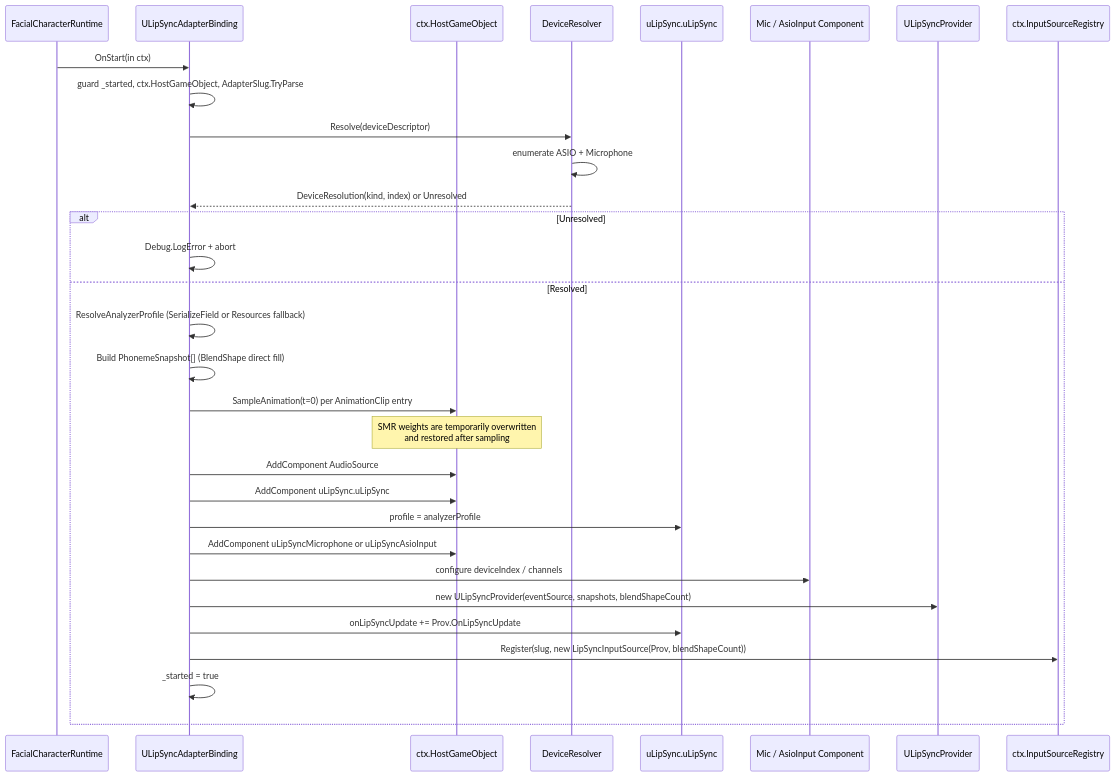
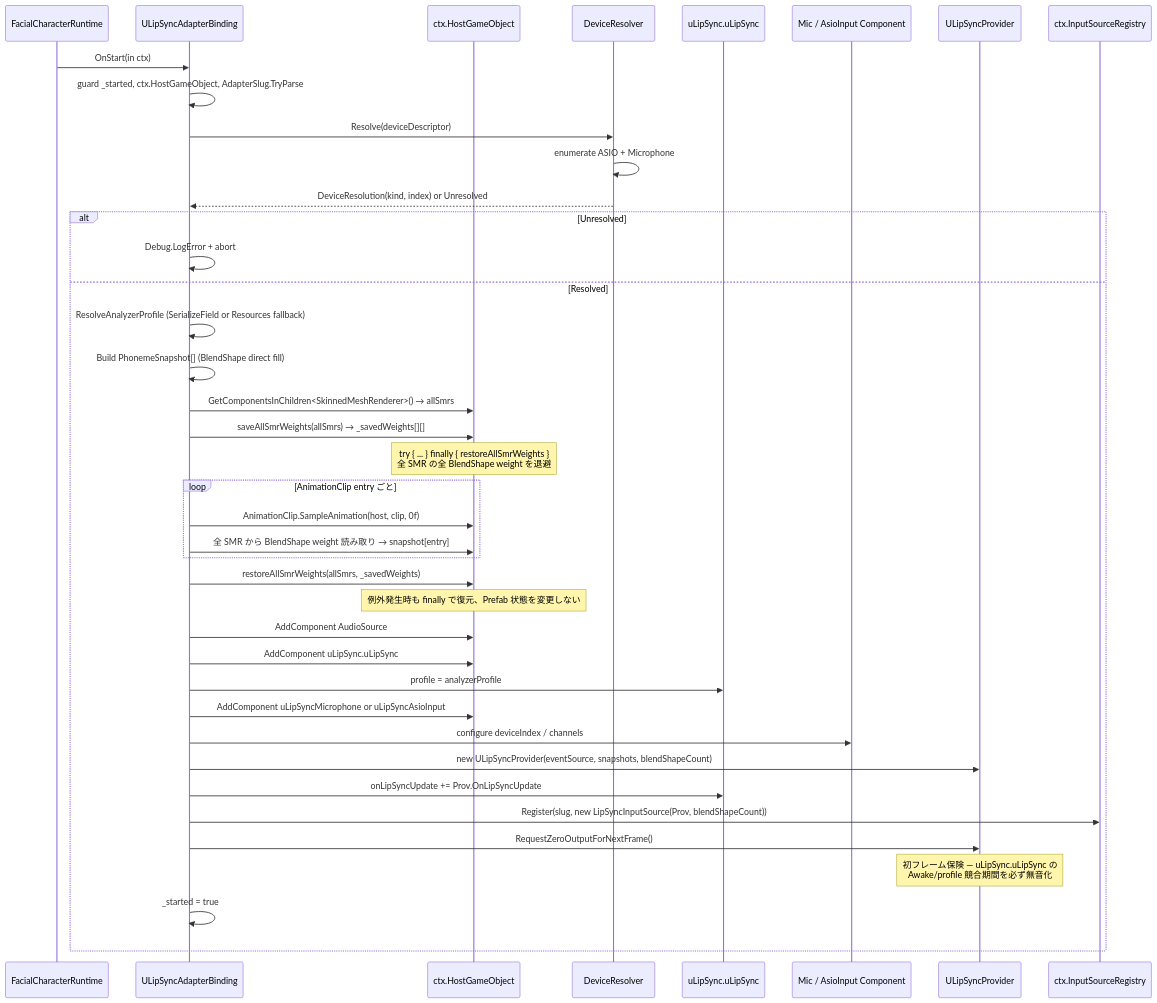
The second of 5 diagrams in .kiro/specs/ulipsync-adapter-package/design.md (UNVGI/UnvgiFacialControl), drawn with Mermaid before and after one commit. The commit also changed other lines of this file and 1 other file, not shown here.

Commit message:
Update design.md, spec.json

````diff
--- a/.kiro/specs/ulipsync-adapter-package/design.md
+++ b/.kiro/specs/ulipsync-adapter-package/design.md
@@ -246,34 +246,43 @@
 ```mermaid
 sequenceDiagram
     participant Core as FacialCharacterRuntime
     participant Bind as ULipSyncAdapterBinding
     participant Host as ctx.HostGameObject
     participant Resolver as DeviceResolver
     participant ULS as uLipSync.uLipSync
     participant InAud as Mic / AsioInput Component
     participant Prov as ULipSyncProvider
     participant Reg as ctx.InputSourceRegistry
 
     Core->>Bind: OnStart(in ctx)
     Bind->>Bind: guard _started, ctx.HostGameObject, AdapterSlug.TryParse
     Bind->>Resolver: Resolve(deviceDescriptor)
     Resolver->>Resolver: enumerate ASIO + Microphone
     Resolver-->>Bind: DeviceResolution(kind, index) or Unresolved
     alt Unresolved
         Bind->>Bind: Debug.LogError + abort
     else Resolved
         Bind->>Bind: ResolveAnalyzerProfile (SerializeField or Resources fallback)
         Bind->>Bind: Build PhonemeSnapshot[] (BlendShape direct fill)
-        Bind->>Host: SampleAnimation(t=0) per AnimationClip entry
-        Note over Host: SMR weights are temporarily overwritten<br/>and restored after sampling
+        Bind->>Host: GetComponentsInChildren<SkinnedMeshRenderer>() → allSmrs
+        Bind->>Host: saveAllSmrWeights(allSmrs) → _savedWeights[][]
+        Note over Host: try { ... } finally { restoreAllSmrWeights }<br/>全 SMR の全 BlendShape weight を退避
+        loop AnimationClip entry ごと
+            Bind->>Host: AnimationClip.SampleAnimation(host, clip, 0f)
+            Bind->>Host: 全 SMR から BlendShape weight 読み取り → snapshot[entry]
+        end
+        Bind->>Host: restoreAllSmrWeights(allSmrs, _savedWeights)
+        Note over Host: 例外発生時も finally で復元、Prefab 状態を変更しない
         Bind->>Host: AddComponent AudioSource
         Bind->>Host: AddComponent uLipSync.uLipSync
         Bind->>ULS: profile = analyzerProfile
         Bind->>Host: AddComponent uLipSyncMicrophone or uLipSyncAsioInput
         Bind->>InAud: configure deviceIndex / channels
         Bind->>Prov: new ULipSyncProvider(eventSource, snapshots, blendShapeCount)
         Bind->>ULS: onLipSyncUpdate += Prov.OnLipSyncUpdate
         Bind->>Reg: Register(slug, new LipSyncInputSource(Prov, blendShapeCount))
+        Bind->>Prov: RequestZeroOutputForNextFrame()
+        Note over Prov: 初フレーム保険 — uLipSync.uLipSync の<br/>Awake/profile 競合期間を必ず無音化
         Bind->>Bind: _started = true
     end
 ```
````
